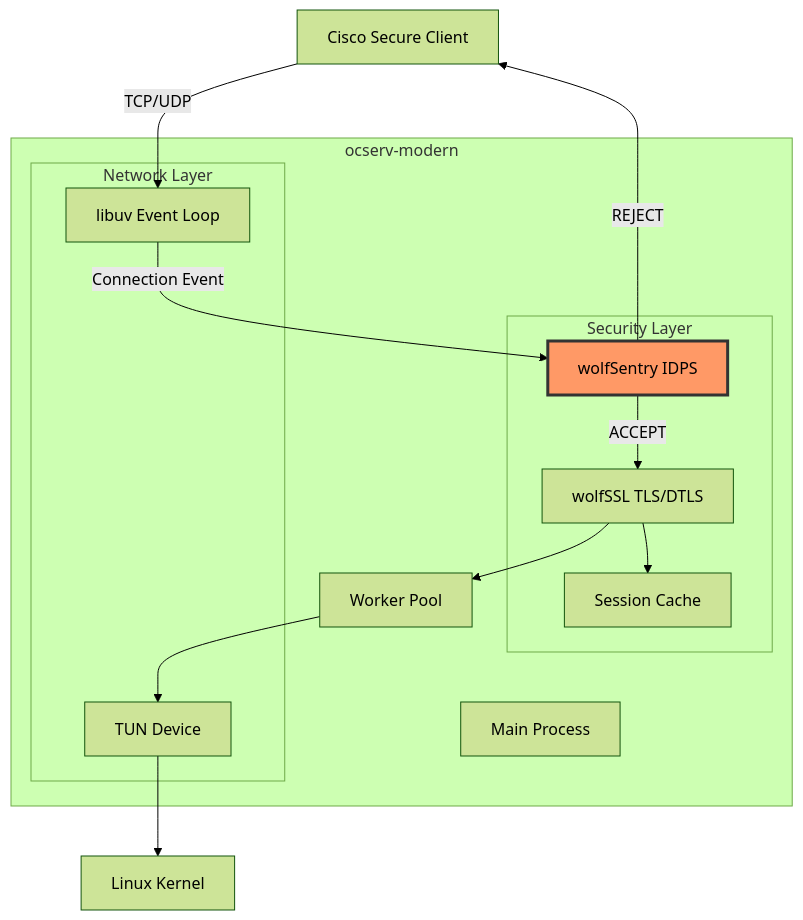
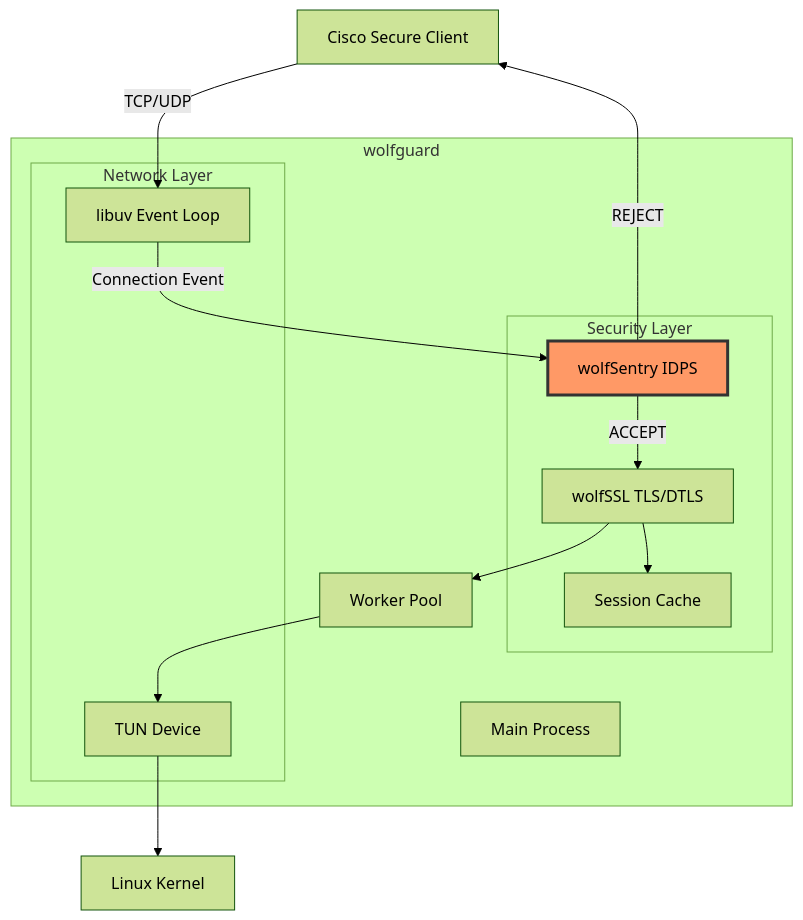
The first of 3 diagrams in docs/ocserv-modern/architecture/wolfsentry-integration.md (dantte-lp/wolfguard-docs), drawn with Mermaid (forest theme) before and after one commit. The commit also changed other lines of this file and 42 other files, not shown here.

````diff
--- a/docs/ocserv-modern/architecture/wolfsentry-integration.md
+++ b/docs/ocserv-modern/architecture/wolfsentry-integration.md
@@ -102,33 +102,33 @@
 ```mermaid
 graph TB
     Client[Cisco Secure Client]
 
-    subgraph "ocserv-modern"
+    subgraph "wolfguard"
         Main[Main Process]
         Workers[Worker Pool]
 
         subgraph "Security Layer"
             WolfSentry[wolfSentry IDPS]
             WolfSSL[wolfSSL TLS/DTLS]
             SessionCache[Session Cache]
         end
 
         subgraph "Network Layer"
             LibUV[libuv Event Loop]
             TUN[TUN Device]
         end
     end
 
     Kernel[Linux Kernel]
 
     Client -->|TCP/UDP| LibUV
     LibUV -->|Connection Event| WolfSentry
     WolfSentry -->|ACCEPT| WolfSSL
     WolfSentry -->|REJECT| Client
     WolfSSL --> SessionCache
     WolfSSL --> Workers
     Workers --> TUN
     TUN --> Kernel
 
     style WolfSentry fill:#f96,stroke:#333,stroke-width:3px
 ```
````
